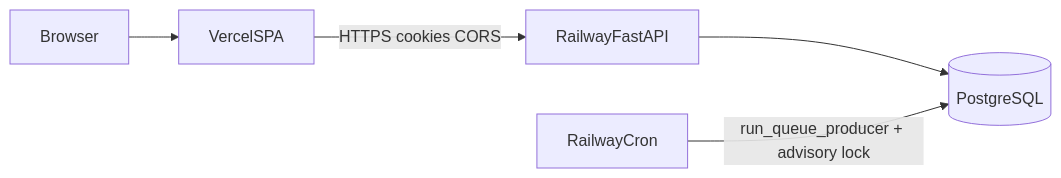
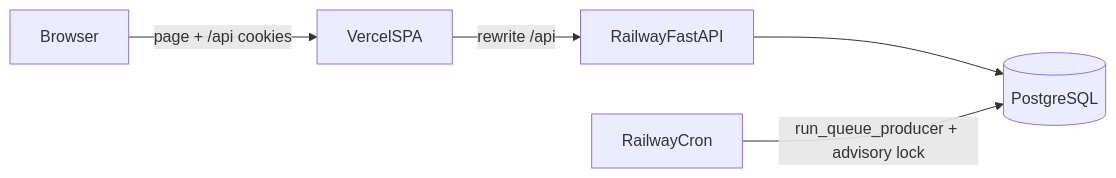
Before and after one commit to mjr-portfolio/daily-brain-challenge: the first of 3 diagrams in README.md, drawn with Mermaid. The commit also changed other lines of this file and 5 other files, not shown here.

Commit message:
Update to first party cookies to fix CORS issues in alternate browsers

````diff
--- a/README.md
+++ b/README.md
@@ -71,12 +71,12 @@
 ```mermaid
 flowchart LR
   browser[Browser]
   vercel[VercelSPA]
   api[RailwayFastAPI]
   cron[RailwayCron]
   pg[(PostgreSQL)]
-  browser --> vercel
-  vercel -->|"HTTPS cookies CORS"| api
+  browser -->|"page + /api cookies"| vercel
+  vercel -->|"rewrite /api"| api
   api --> pg
   cron -->|"run_queue_producer + advisory lock"| pg
 ```
````
